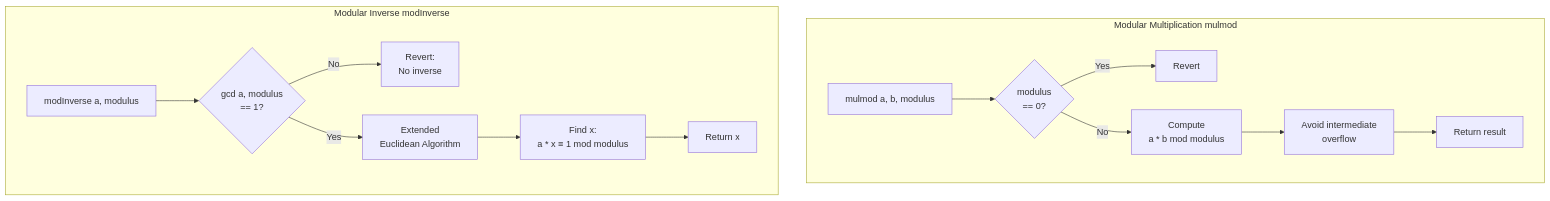
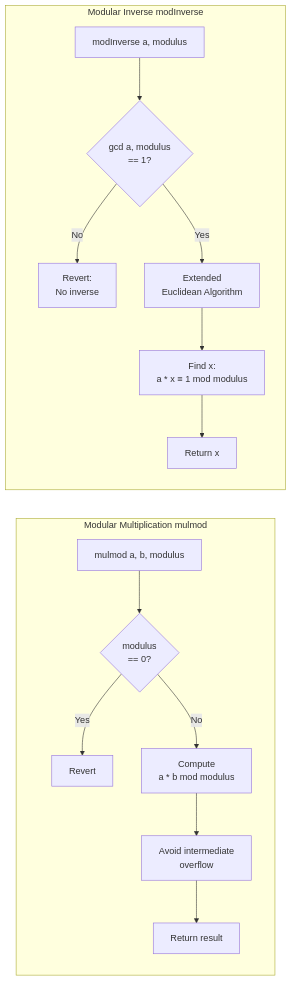
The second of 3 diagrams in docs/api-reference/safe-math.md (btc-vision/btc-runtime), drawn with Mermaid before and after one commit. The commit also changed other lines of this file and 8 other files, not shown here.

First line of the commit message:
Update Mermaid diagrams to use left-to-right flow

````diff
--- a/docs/api-reference/safe-math.md
+++ b/docs/api-reference/safe-math.md
@@ -344,18 +344,18 @@
 ```mermaid
-flowchart TB
+flowchart LR
     subgraph "Modular Multiplication mulmod"
         A[mulmod a, b, modulus] --> B{modulus<br/>== 0?}
         B -->|Yes| C[Revert]
         B -->|No| D[Compute<br/>a * b mod modulus]
         D --> E[Avoid intermediate<br/>overflow]
         E --> F[Return result]
     end
 
     subgraph "Modular Inverse modInverse"
         G[modInverse a, modulus] --> H{gcd a, modulus<br/>== 1?}
         H -->|No| I[Revert:<br/>No inverse]
         H -->|Yes| J[Extended<br/>Euclidean Algorithm]
         J --> K[Find x:<br/>a * x ≡ 1 mod modulus]
         K --> L[Return x]
     end
 ```
````
